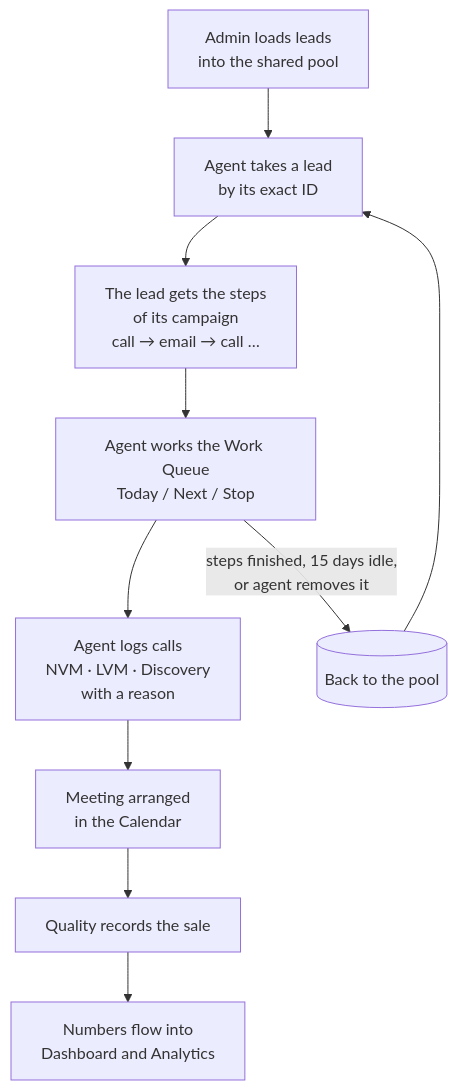
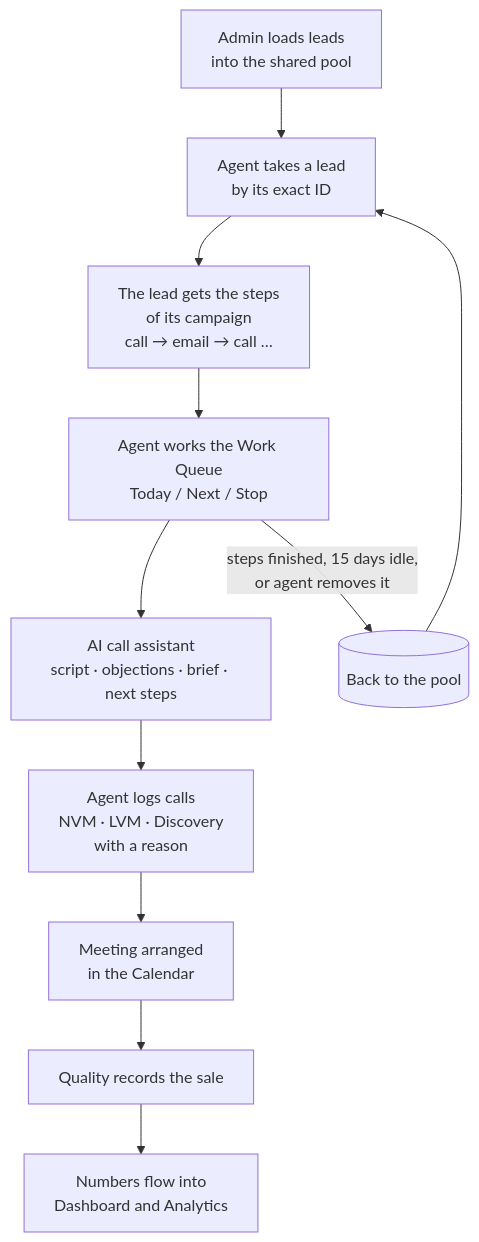
One commit to Anas-hisham/smart-telesales changed the first of 2 diagrams in docs/PROJECT_OVERVIEW.md. Above: the diagram before and after it, drawn with Mermaid. The commit also changed other lines of this file and 4 other files, not shown here.

````diff
--- a/docs/PROJECT_OVERVIEW.md
+++ b/docs/PROJECT_OVERVIEW.md
@@ -81,12 +83,13 @@
 ```mermaid
 flowchart TD
   A[Admin loads leads<br/>into the shared pool] --> B[Agent takes a lead<br/>by its exact ID]
   B --> C[The lead gets the steps<br/>of its campaign<br/>call → email → call …]
   C --> D[Agent works the Work Queue<br/>Today / Next / Stop]
-  D --> E[Agent logs calls<br/>NVM · LVM · Discovery<br/>with a reason]
+  D --> AI[AI call assistant<br/>script · objections · brief · next steps]
+  AI --> E[Agent logs calls<br/>NVM · LVM · Discovery<br/>with a reason]
   E --> F[Meeting arranged<br/>in the Calendar]
   F --> G[Quality records the sale]
   G --> H[Numbers flow into<br/>Dashboard and Analytics]
   D -->|steps finished, 15 days idle,<br/>or agent removes it| P[(Back to the pool)]
   P --> B
 ```
````
